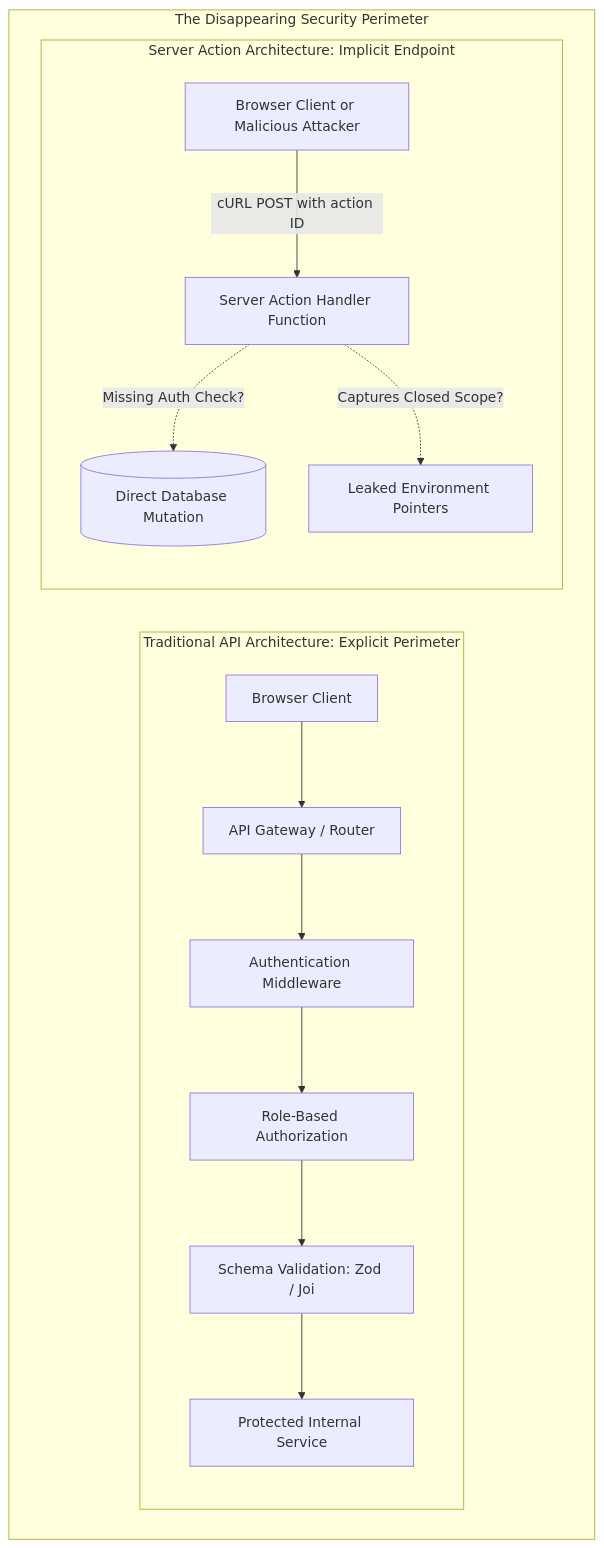
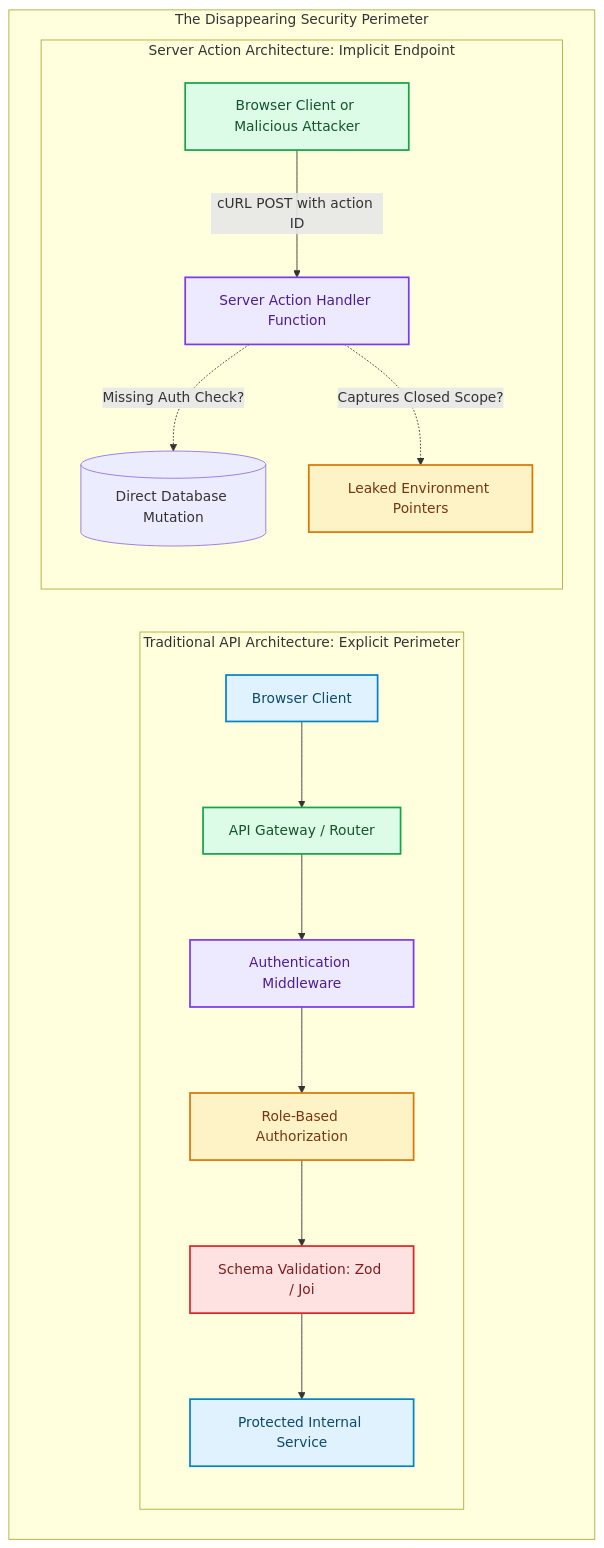
One commit to akmalkhaniub/akmalkhaniub.github.io changed the diagram in blog/posts/server-action-security-attack-surface-full-stack-rpc-threat-model.md. Above: the diagram before and after it, drawn with Mermaid. The commit also changed other lines of this file and 1291 other files, not shown here.

First line of the commit message:
feat(catalog): unique covers, scholarly references, and diagram palettes

````diff
--- a/blog/posts/server-action-security-attack-surface-full-stack-rpc-threat-model.md
+++ b/blog/posts/server-action-security-attack-surface-full-stack-rpc-threat-model.md
@@ -30,18 +30,29 @@
 ```mermaid
 flowchart TD
   subgraph SecurityPerimeter ["The Disappearing Security Perimeter"]
     subgraph TradArch ["Traditional API Architecture: Explicit Perimeter"]
       Client1["Browser Client"] --> Gateway["API Gateway / Router"]
       Gateway --> AuthMW["Authentication Middleware"]
       AuthMW --> RBAC["Role-Based Authorization"]
       RBAC --> Validator["Schema Validation: Zod / Joi"]
       Validator --> Handler["Protected Internal Service"]
     end
 
     subgraph ActionArch ["Server Action Architecture: Implicit Endpoint"]
       Client2["Browser Client or Malicious Attacker"] -->|cURL POST with action ID| PublicAction["Server Action Handler Function"]
       PublicAction -.->|Missing Auth Check?| DB[("Direct Database Mutation")]
       PublicAction -.->|Captures Closed Scope?| SecretLeak["Leaked Environment Pointers"]
     end
   end
+
+classDef green fill:#dcfce7,stroke:#16a34a,stroke-width:2px,color:#14532d;
+classDef red fill:#fee2e2,stroke:#dc2626,stroke-width:2px,color:#7f1d1d;
+classDef blue fill:#e0f2fe,stroke:#0284c7,stroke-width:2px,color:#0c4a6e;
+classDef yellow fill:#fef3c7,stroke:#d97706,stroke-width:2px,color:#78350f;
+classDef purple fill:#ede9fe,stroke:#7c3aed,stroke-width:2px,color:#4c1d95;
+class Client1,Handler blue
+class Gateway,Client2 green
+class AuthMW,PublicAction purple
+class RBAC,SecretLeak yellow
+class Validator red
 ```
````
